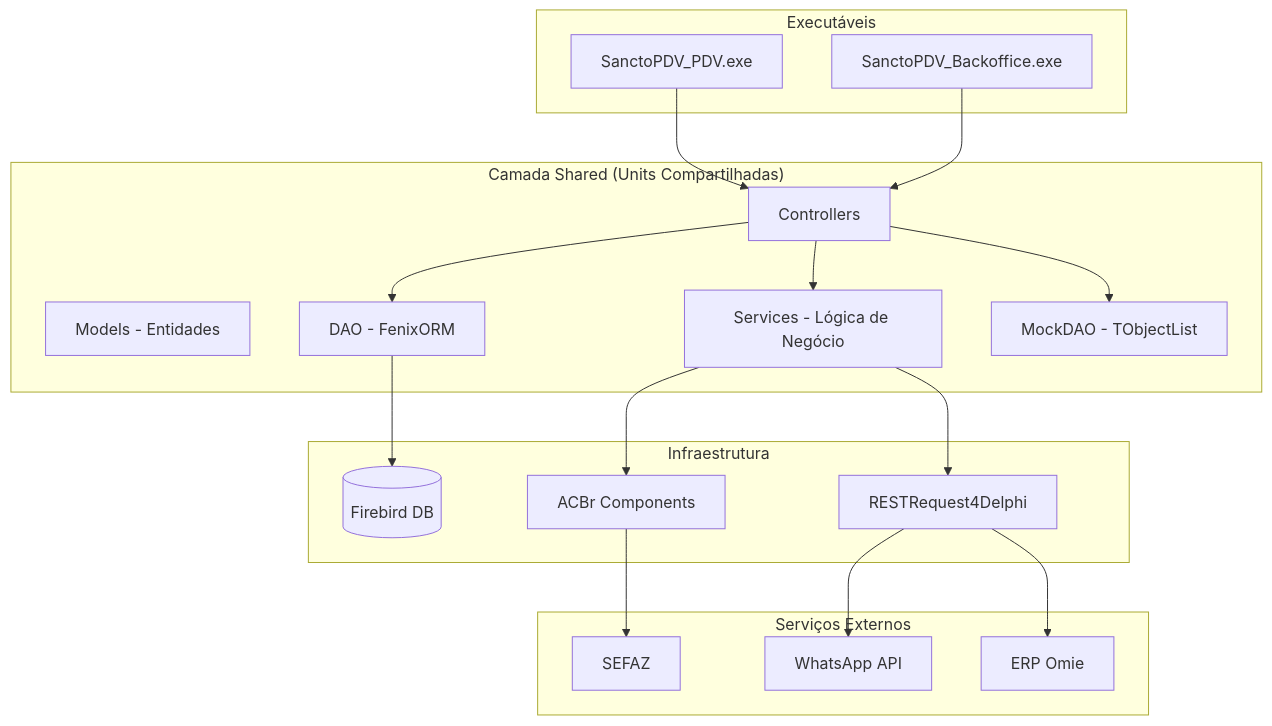
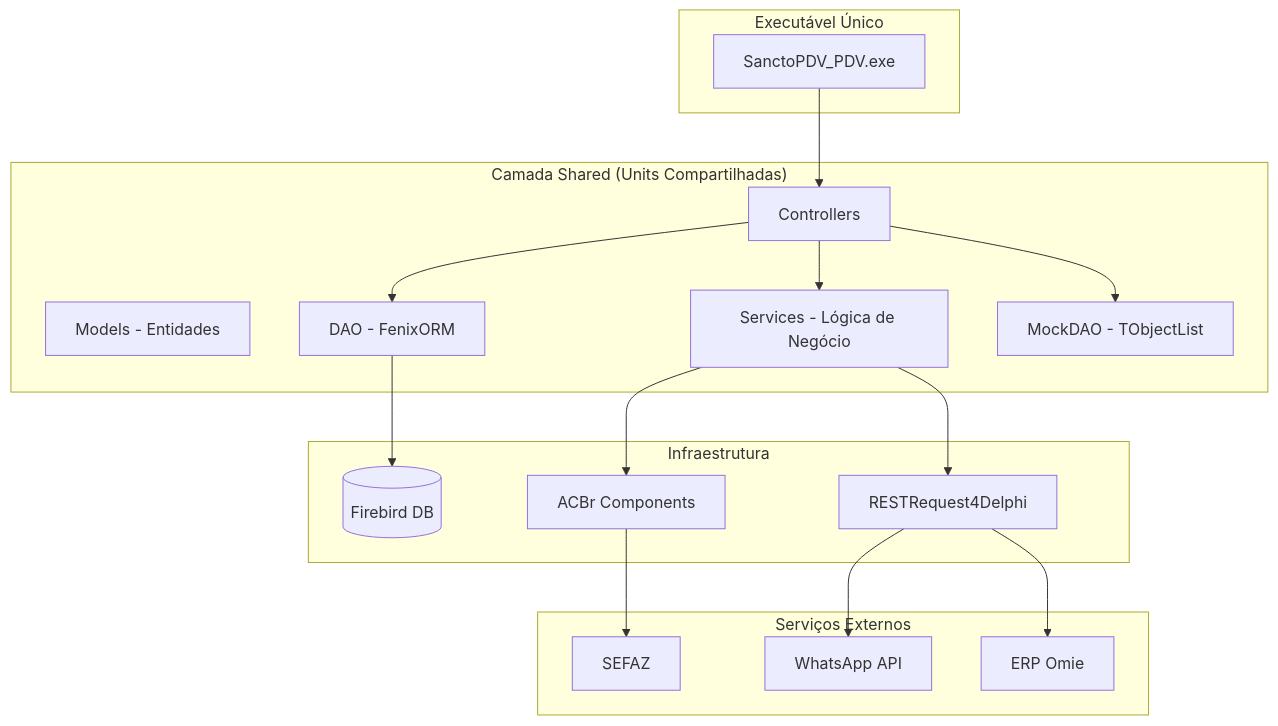
One commit to JanRocha/sencto-pdv changed the first of 4 diagrams in .kiro/specs/sancto-pdv-delphi/design.md. Above: the diagram before and after it, drawn with Mermaid. The commit also changed other lines of this file and 140 other files, not shown here.

````diff
--- a/.kiro/specs/sancto-pdv-delphi/design.md
+++ b/.kiro/specs/sancto-pdv-delphi/design.md
@@ -20,39 +19,37 @@
 ```mermaid
 graph TB
-    subgraph "Executáveis"
+    subgraph "Executável Único"
         PDV[SanctoPDV_PDV.exe]
-        BO[SanctoPDV_Backoffice.exe]
     end
 
     subgraph "Camada Shared (Units Compartilhadas)"
         Models[Models - Entidades]
         Controllers[Controllers]
         DAO[DAO - FenixORM]
         Services[Services - Lógica de Negócio]
         MockDAO[MockDAO - TObjectList]
     end
 
     subgraph "Infraestrutura"
         FB[(Firebird DB)]
         ACBr[ACBr Components]
         REST[RESTRequest4Delphi]
     end
 
     subgraph "Serviços Externos"
         SEFAZ[SEFAZ]
         WA[WhatsApp API]
         OMIE[ERP Omie]
     end
 
     PDV --> Controllers
-    BO --> Controllers
     Controllers --> DAO
     Controllers --> MockDAO
     DAO --> FB
     Controllers --> Services
     Services --> ACBr
     Services --> REST
     ACBr --> SEFAZ
     REST --> WA
     REST --> OMIE
 ```
````
